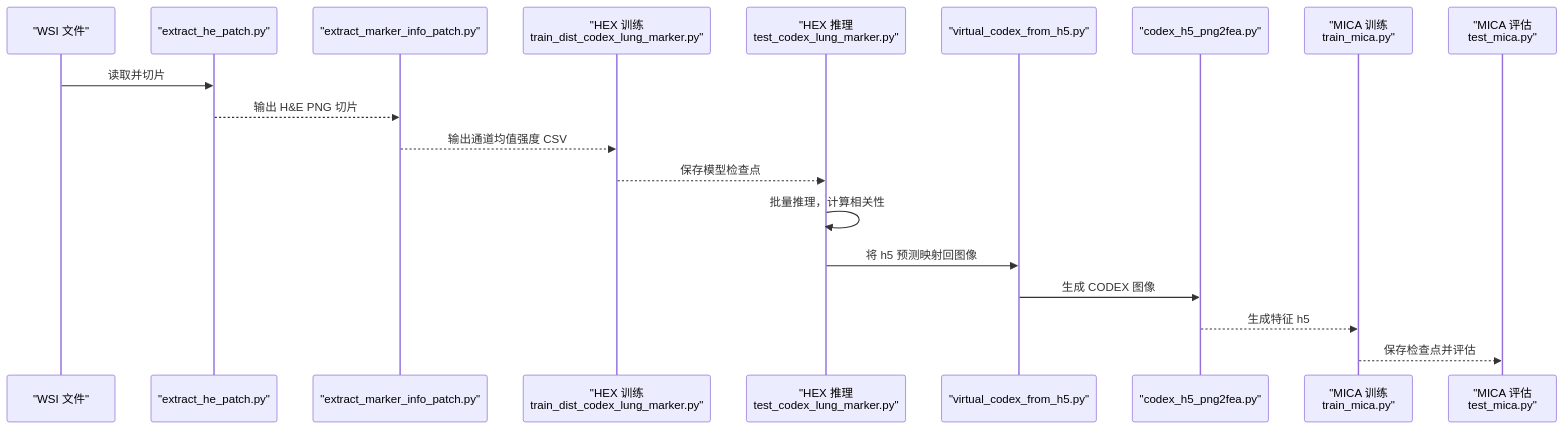
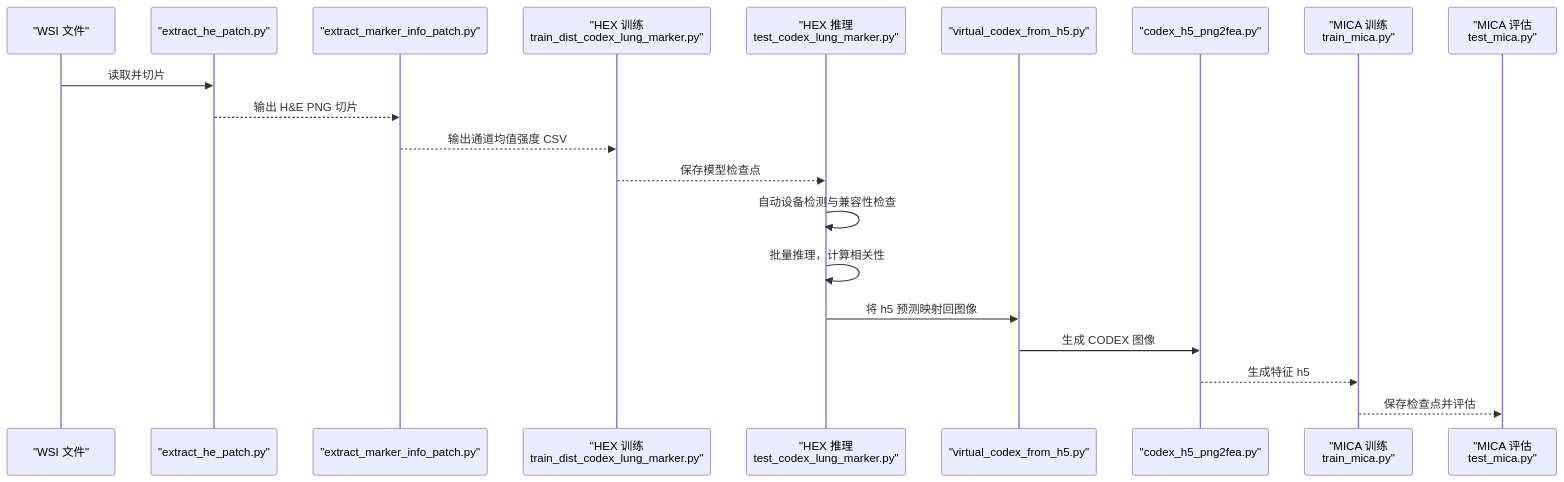
The second of 6 diagrams in .qoder/repowiki/zh/content/HEX模型架构/模型推理与评估.md (acproject/HEX), drawn with Mermaid before and after one commit. The commit also changed other lines of this file and 13 other files, not shown here.

````diff
--- a/.qoder/repowiki/zh/content/HEX模型架构/模型推理与评估.md
+++ b/.qoder/repowiki/zh/content/HEX模型架构/模型推理与评估.md
@@ -120,21 +122,22 @@
 ```mermaid
 sequenceDiagram
 participant WSI as "WSI 文件"
 participant HE_EX as "extract_he_patch.py"
 participant MARKER as "extract_marker_info_patch.py"
 participant TRAIN as "HEX 训练<br/>train_dist_codex_lung_marker.py"
 participant TEST as "HEX 推理<br/>test_codex_lung_marker.py"
 participant VIRT as "virtual_codex_from_h5.py"
 participant FEAT as "codex_h5_png2fea.py"
 participant M_TRAIN as "MICA 训练<br/>train_mica.py"
 participant M_EVAL as "MICA 评估<br/>test_mica.py"
 WSI->>HE_EX : 读取并切片
 HE_EX-->>MARKER : 输出 H&E PNG 切片
 MARKER-->>TRAIN : 输出通道均值强度 CSV
 TRAIN-->>TEST : 保存模型检查点
+TEST->>TEST : 自动设备检测与兼容性检查
 TEST->>TEST : 批量推理，计算相关性
 TEST->>VIRT : 将 h5 预测映射回图像
 VIRT->>FEAT : 生成 CODEX 图像
 FEAT-->>M_TRAIN : 生成特征 h5
 M_TRAIN-->>M_EVAL : 保存检查点并评估
 ```
````
